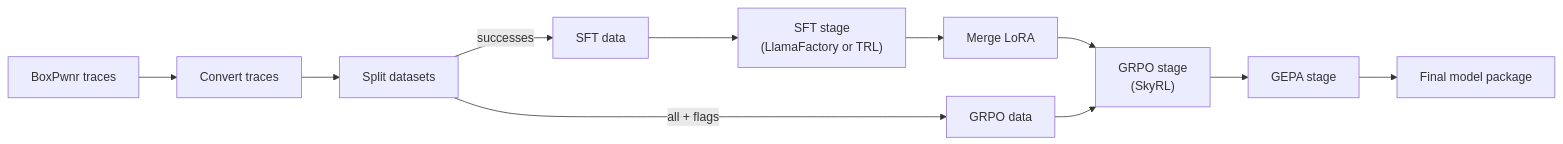
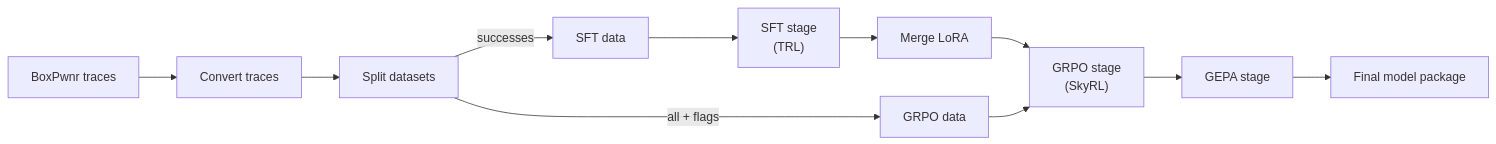
Before and after one commit to westonbrown/open-ctf-env: the first of 2 diagrams in docs/training.md, drawn with Mermaid. The commit also changed other lines of this file and 35 other files, not shown here.

Commit message:
Remove LlamaFactory and simplify SFT training

````diff
--- a/docs/training.md
+++ b/docs/training.md
@@ -7,12 +7,12 @@
 ```mermaid
 flowchart LR
     traces["BoxPwnr traces"] --> convert["Convert traces"] --> split["Split datasets"]
     split -->|"successes"| sft_data["SFT data"]
     split -->|"all + flags"| grpo_data["GRPO data"]
-    sft_data --> sft["SFT stage<br/>(LlamaFactory or TRL)"]
+    sft_data --> sft["SFT stage<br/>(TRL)"]
     sft --> merge["Merge LoRA"]
     merge --> grpo["GRPO stage<br/>(SkyRL)"]
     grpo_data --> grpo
     grpo --> gepa["GEPA stage"]
     gepa --> final["Final model package"]
 ```
````
